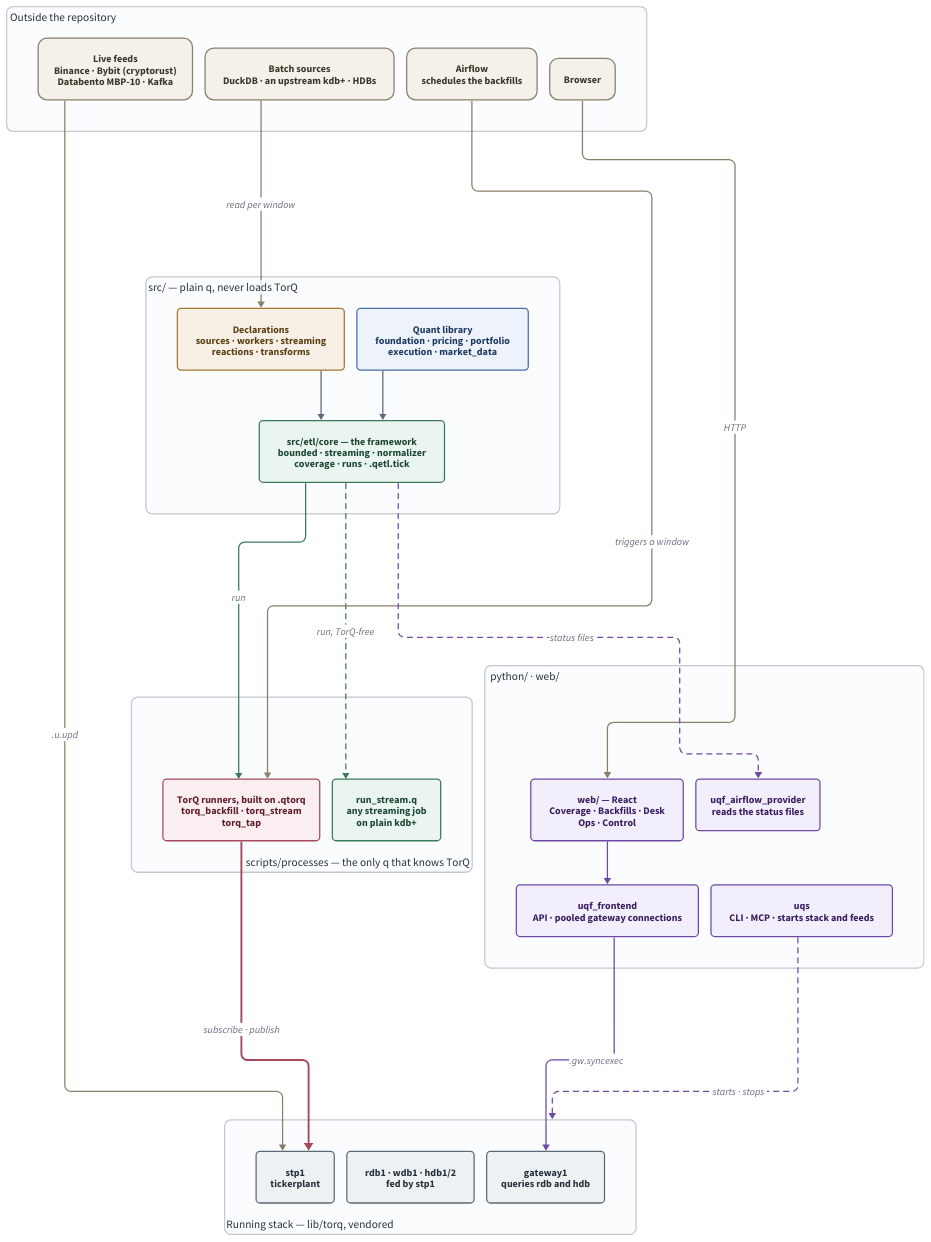
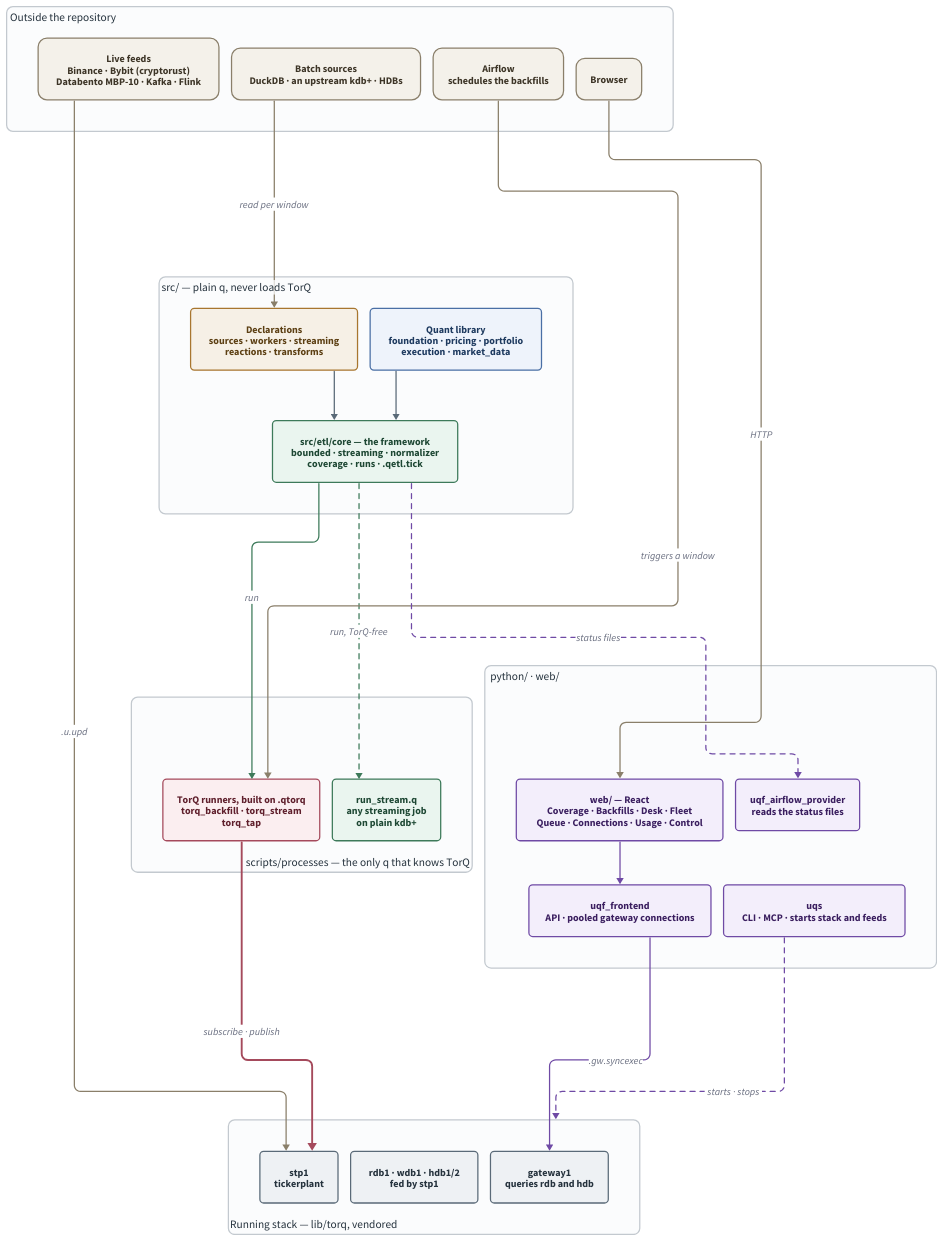
One commit to kwojdalski/uqf changed the diagram in docs/diagrams/repo-overview.d2. Above: the diagram before and after it, drawn with D2. The commit also changed 20 other files, not shown here.

First line of the commit message:
Docs: bring the d2 diagrams up to date with the 2026-10-12/13 merges (#1257)

```diff
--- a/docs/diagrams/repo-overview.d2
+++ b/docs/diagrams/repo-overview.d2
@@ -149,7 +149,7 @@
 outside: "Outside the repository" {
   class: band
 
-  live: "Live feeds\nBinance · Bybit (cryptorust)\nDatabento MBP-10 · Kafka" { class: ext }
+  live: "Live feeds\nBinance · Bybit (cryptorust)\nDatabento MBP-10 · Kafka · Flink" { class: ext }
   batch: "Batch sources\nDuckDB · an upstream kdb+ · HDBs" { class: ext }
   airflow: "Airflow\nschedules the backfills" { class: ext }
   browser: "Browser" { class: ext }
@@ -186,7 +186,7 @@
 py: "python/ · web/" {
   class: band
 
-  web: "web/ — React\nCoverage · Backfills · Desk\nOps · Control" { class: py }
+  web: "web/ — React\nCoverage · Backfills · Desk · Fleet\nQueue · Connections · Usage · Control" { class: py }
   bff: "uqf_frontend\nAPI · pooled gateway connections" { class: py }
   provider: "uqf_airflow_provider\nreads the status files" { class: py }
   uqs: "uqs\nCLI · MCP · starts stack and feeds" { class: py }
```
